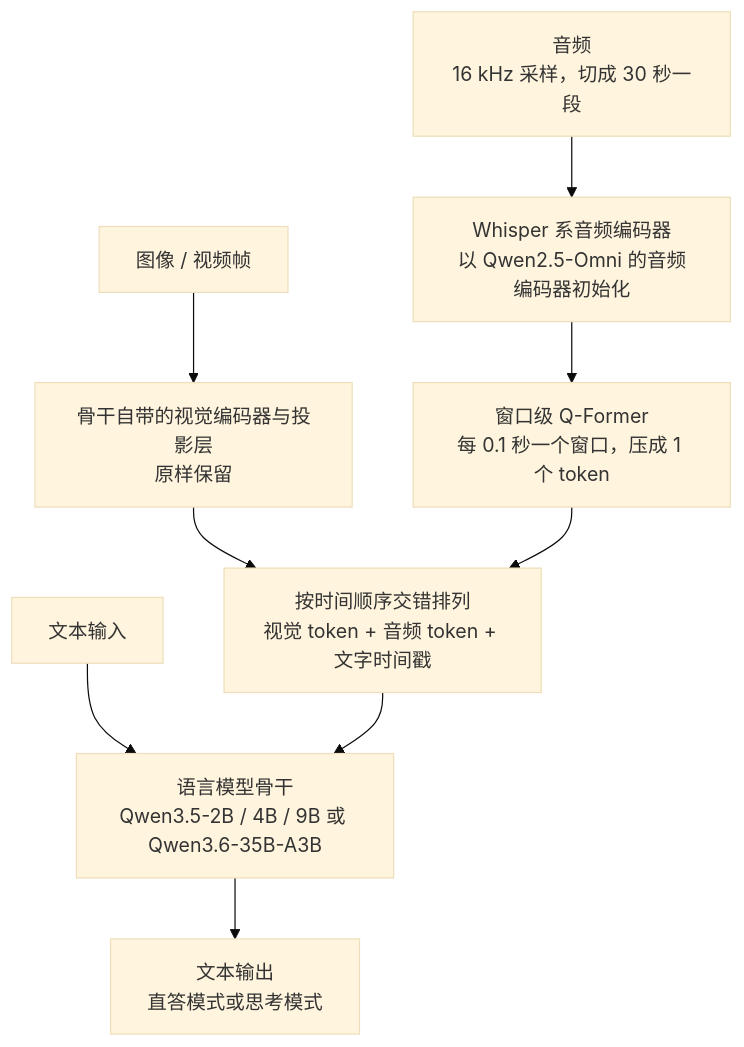
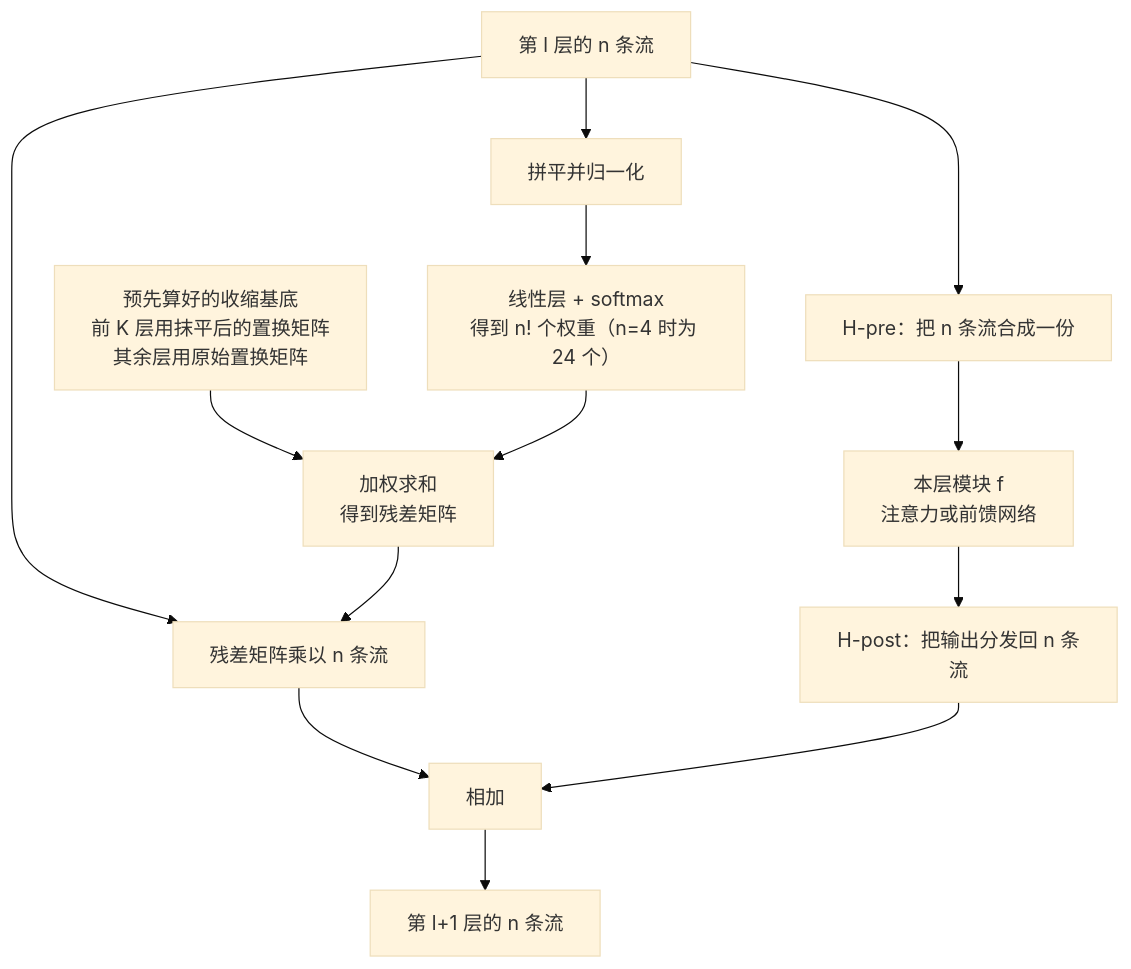
The second of 4 diagrams in docs/index.md (yingwang/paper-reads), drawn with Mermaid (base theme) before and after one commit. The commit also changed other lines of this file and 2 other files, not shown here.

````diff
--- a/docs/index.md
+++ b/docs/index.md
@@ -99,11 +123,15 @@
 ```mermaid
 flowchart TB
-    T["文本输入"] --> L
-    V["图像 / 视频帧"] --> VE["骨干自带的视觉编码器与投影层<br/>原样保留"]
-    A["音频<br/>16 kHz 采样，切成 30 秒一段"] --> AE["Whisper 系音频编码器<br/>以 Qwen2.5-Omni 的音频编码器初始化"]
-    AE --> QF["窗口级 Q-Former<br/>每 0.1 秒一个窗口，压成 1 个 token"]
-    VE --> M["按时间顺序交错排列<br/>视觉 token + 音频 token + 文字时间戳"]
-    QF --> M
-    M --> L["语言模型骨干<br/>Qwen3.5-2B / 4B / 9B 或 Qwen3.6-35B-A3B"]
-    L --> O["文本输出<br/>直答模式或思考模式"]
+    X["第 l 层的 n 条流"] --> N["拼平并归一化"]
+    N --> A["线性层 + softmax<br/>得到 n! 个权重（n=4 时为 24 个）"]
+    B["预先算好的收缩基底<br/>前 K 层用抹平后的置换矩阵<br/>其余层用原始置换矩阵"] --> H
+    A --> H["加权求和<br/>得到残差矩阵"]
+    X --> PRE["H-pre：把 n 条流合成一份"]
+    PRE --> F["本层模块 f<br/>注意力或前馈网络"]
+    F --> POST["H-post：把输出分发回 n 条流"]
+    X --> MIX["残差矩阵乘以 n 条流"]
+    H --> MIX
+    MIX --> S["相加"]
+    POST --> S
+    S --> Y["第 l+1 层的 n 条流"]
 ```
````
